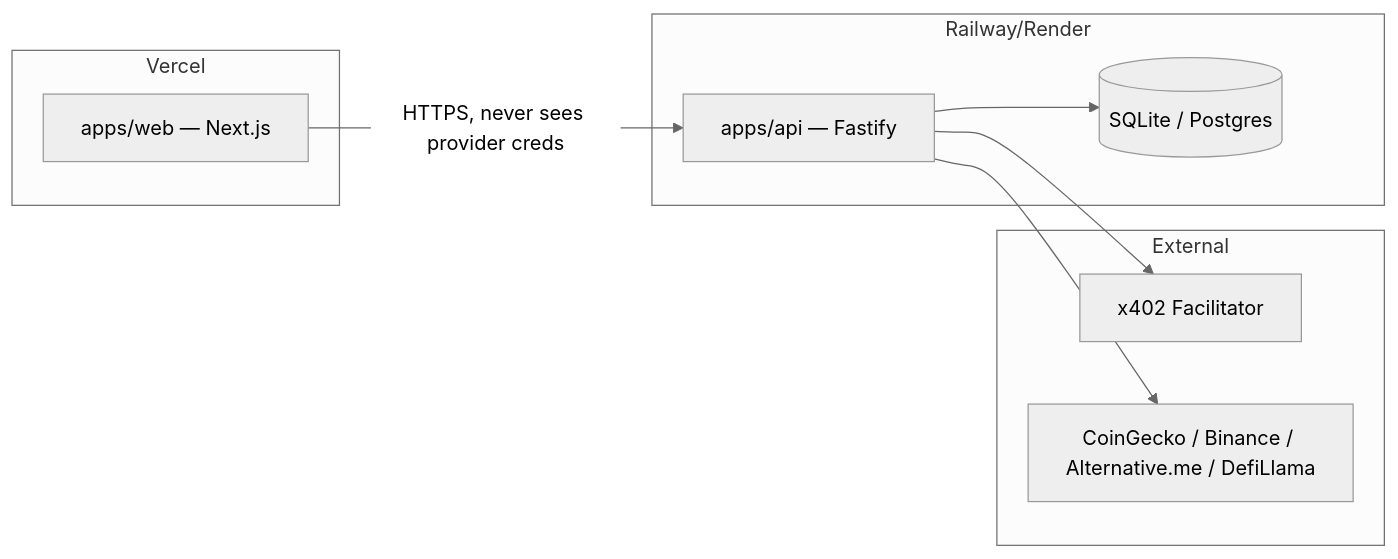
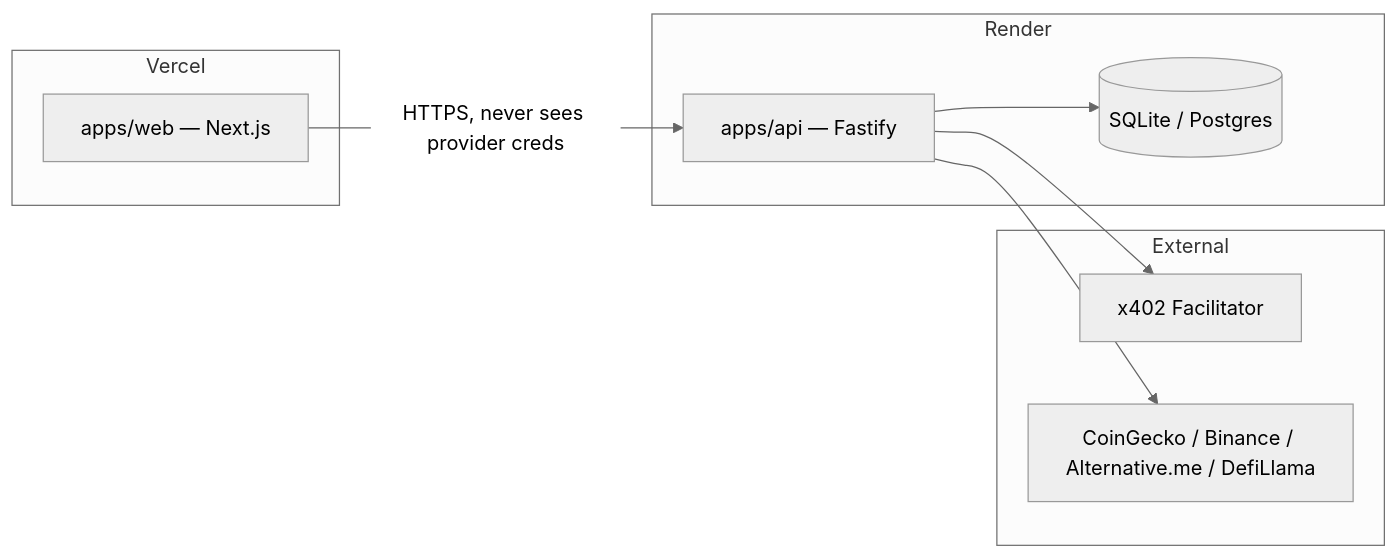
One commit to rohan911438/Agent-Market changed the fourth of 4 diagrams in docs/ARCHITECTURE.md. Above: the diagram before and after it, drawn with Mermaid (neutral theme). The commit also changed 9 other files, not shown here.

````diff
--- a/docs/ARCHITECTURE.md
+++ b/docs/ARCHITECTURE.md
@@ -104,18 +104,18 @@
 ```mermaid
 flowchart LR
     subgraph Vercel
         Web[apps/web — Next.js]
     end
-    subgraph Railway/Render
+    subgraph Render
         Api[apps/api — Fastify]
         DB[(SQLite / Postgres)]
     end
     subgraph External
         Facilitator[x402 Facilitator]
         Providers[CoinGecko / Binance / Alternative.me / DefiLlama]
     end
     Web -->|HTTPS, never sees provider creds| Api
     Api --> DB
     Api --> Facilitator
     Api --> Providers
 ```
````
